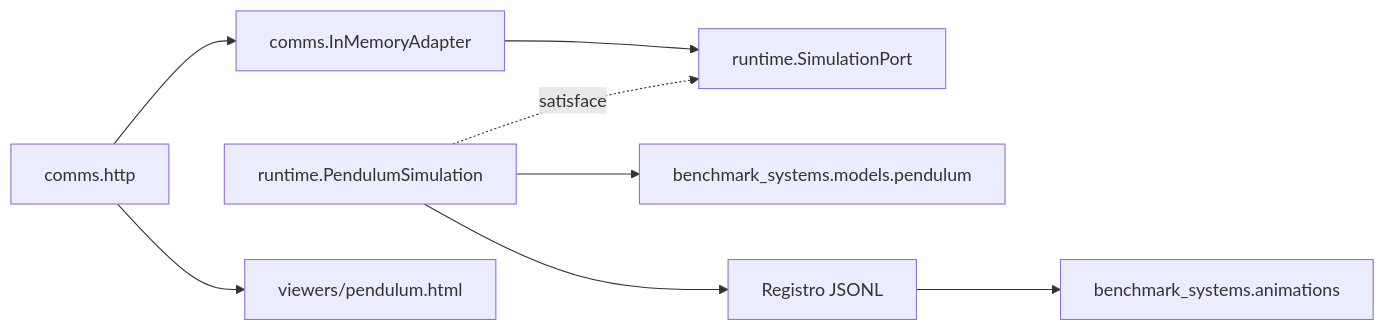
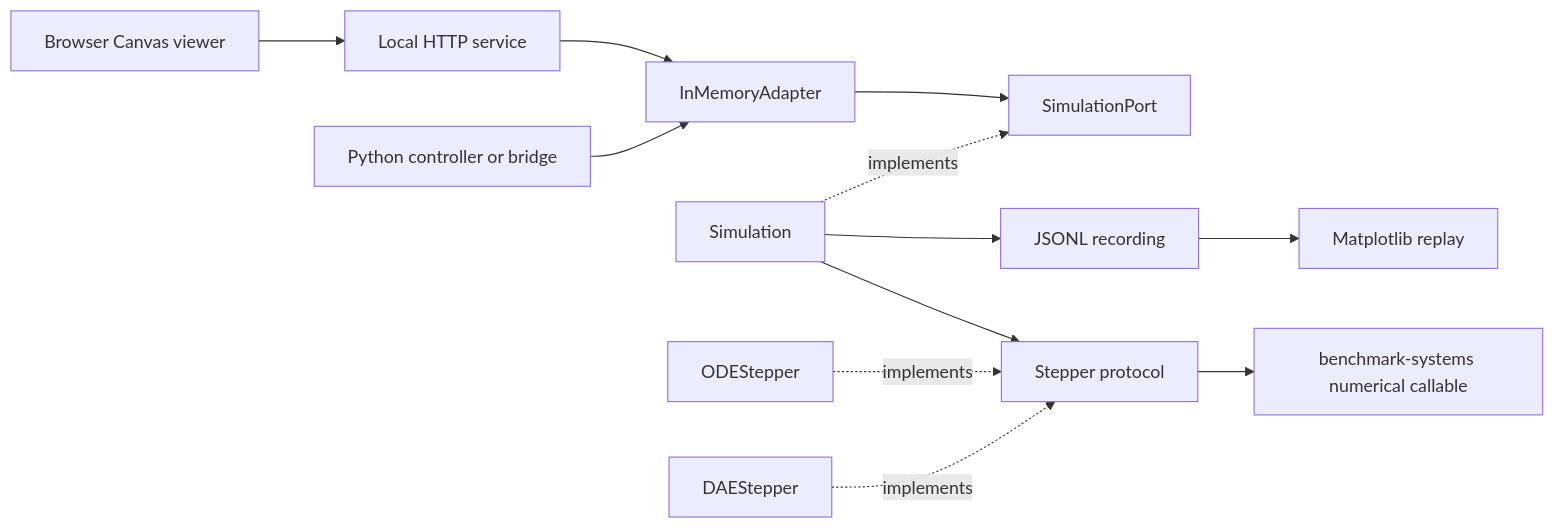
Before and after one commit to ggonzm/bs-simulators: the diagram in docs/migration.md, drawn with Mermaid. The commit also changed other lines of this file and 24 other files, not shown here.

Commit message:
Generalize simulation engine with ODE and DAE steppers

````diff
--- a/docs/migration.md
+++ b/docs/migration.md
@@ -24,10 +31,14 @@
 ```mermaid
 flowchart LR
-    HTTP[comms.http] --> Adapter[comms.InMemoryAdapter]
-    Adapter --> Port[runtime.SimulationPort]
-    Engine[runtime.PendulumSimulation] -. satisface .-> Port
-    Engine --> Model[benchmark_systems.models.pendulum]
-    HTTP --> Assets[viewers/pendulum.html]
-    Engine --> Record[Registro JSONL]
-    Record --> Replay[benchmark_systems.animations]
+    Browser[Browser Canvas viewer] --> HTTP[Local HTTP service]
+    HTTP --> Adapter[InMemoryAdapter]
+    Python[Python controller or bridge] --> Adapter
+    Adapter --> Port[SimulationPort]
+    Engine[Simulation] -. implements .-> Port
+    Engine --> Stepper[Stepper protocol]
+    ODE[ODEStepper] -. implements .-> Stepper
+    DAE[DAEStepper] -. implements .-> Stepper
+    Stepper --> Model[benchmark-systems numerical callable]
+    Engine --> Recording[JSONL recording]
+    Recording --> Replay[Matplotlib replay]
 ```
````
